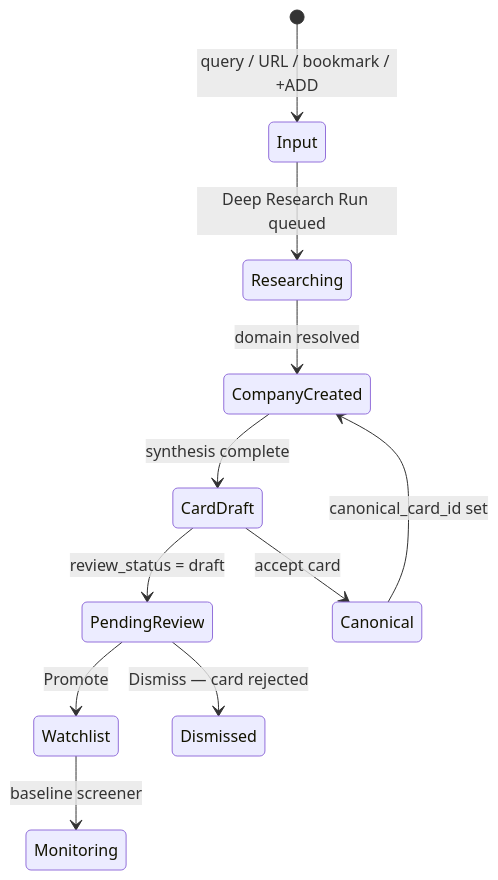
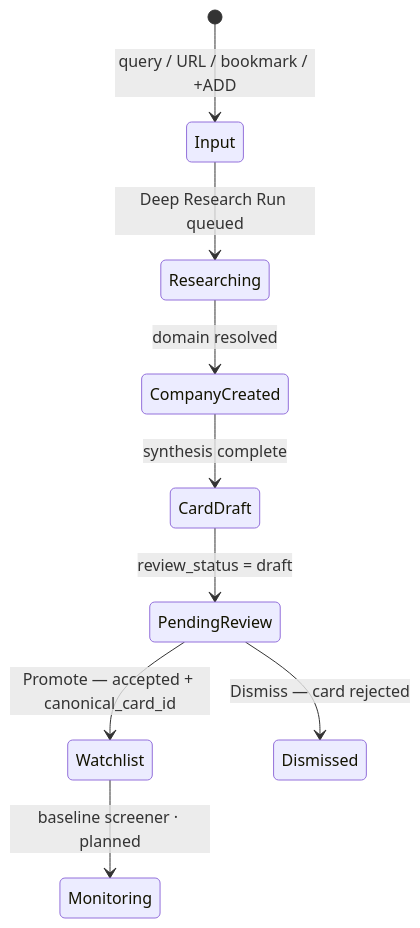
Before and after one commit to Growth-Maschine/NORAD-INTEL-ENGINE-V1: the seventh of 7 diagrams in docs/phase-1/P1-03.md, drawn with Mermaid. The commit also changed other lines of this file and 9 other files, not shown here.

````diff
--- a/docs/phase-1/P1-03.md
+++ b/docs/phase-1/P1-03.md
@@ -398,13 +518,11 @@
 ```mermaid
 stateDiagram-v2
     [*] --> Input: query / URL / bookmark / +ADD
     Input --> Researching: Deep Research Run queued
     Researching --> CompanyCreated: domain resolved
     CompanyCreated --> CardDraft: synthesis complete
     CardDraft --> PendingReview: review_status = draft
-    PendingReview --> Watchlist: Promote
+    PendingReview --> Watchlist: Promote — accepted + canonical_card_id
     PendingReview --> Dismissed: Dismiss — card rejected
-    Watchlist --> Monitoring: baseline screener
-    CardDraft --> Canonical: accept card
-    Canonical --> CompanyCreated: canonical_card_id set
+    Watchlist --> Monitoring: baseline screener · planned
 ```
````
